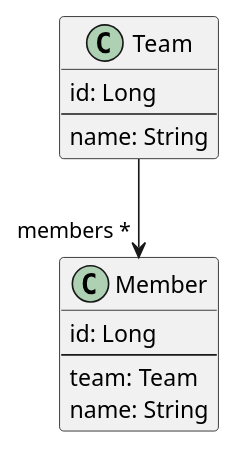
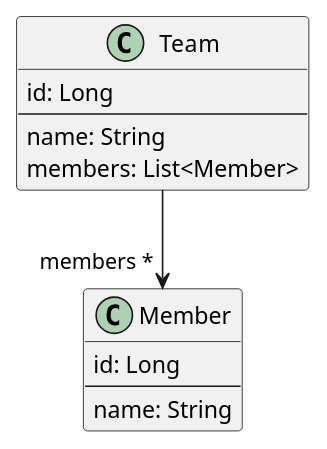
Before and after one commit to lcalmsky/jpa: the diagram in diagrams/06-one-to-many-onedirection.puml, drawn with PlantUML. The commit also changed 3 other files, not shown here.

Commit message:
Update diagrams

```diff
--- a/diagrams/06-one-to-many-onedirection.puml
+++ b/diagrams/06-one-to-many-onedirection.puml
@@ -1,18 +1,18 @@
 @startuml
 
 class Member {
   id: Long
   --
-  team: Team
   name: String
 }
 
 class Team {
   id: Long
   --
   name: String
+  members: List<Member>
 }
 
 Team -d-> "members *" Member
 
 @enduml
```
